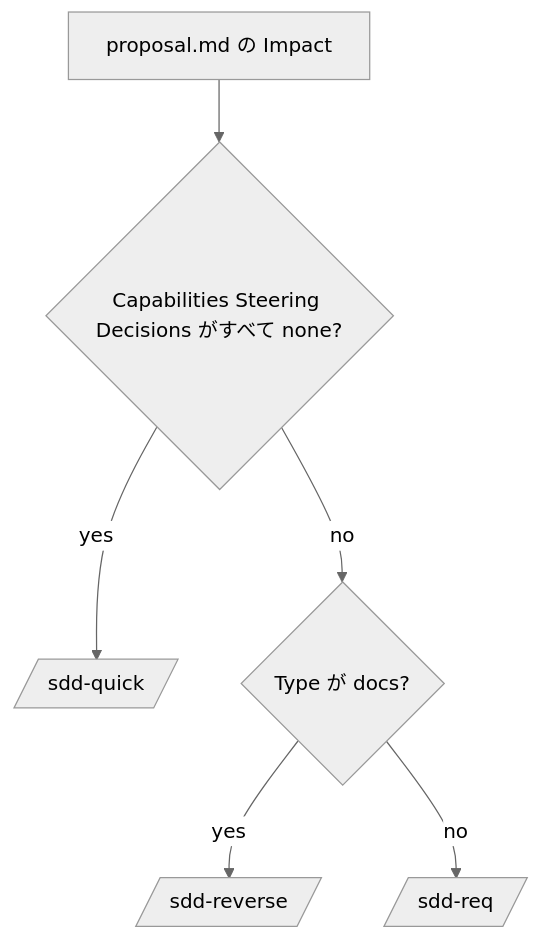
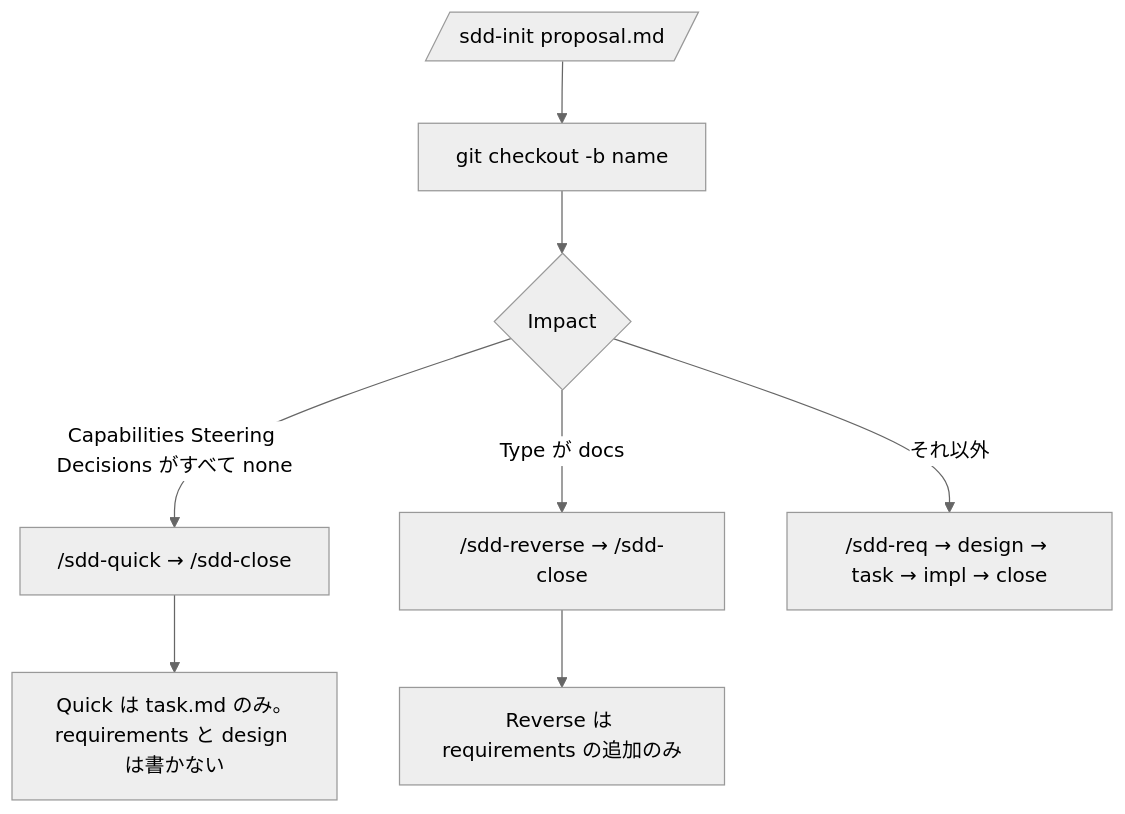
Before and after one commit to paterapatera/sdd-orc: the first of 2 diagrams in README.ja.md, drawn with Mermaid (neutral theme). The commit also changed other lines of this file and 1 other file, not shown here.

First line of the commit message:
docs: trim README to daily-use scope, fewer diagrams

````diff
--- a/README.ja.md
+++ b/README.ja.md
@@ -169,8 +105,10 @@
 ```mermaid
 flowchart TD
-  P[proposal.md の Impact] --> Q{Capabilities Steering Decisions がすべて none?}
-  Q -->|yes| quick[/sdd-quick/]
-  Q -->|no| T{Type が docs?}
-  T -->|yes| rev[/sdd-reverse/]
-  T -->|no| req[/sdd-req/]
+  init[/sdd-init proposal.md/] --> branch["git checkout -b name"]
+  branch --> route{Impact}
+  route -->|Capabilities Steering Decisions がすべて none| quickPath["/sdd-quick → /sdd-close"]
+  route -->|Type が docs| revPath["/sdd-reverse → /sdd-close"]
+  route -->|それ以外| fullPath["/sdd-req → design → task → impl → close"]
+  quickPath --> noteQuick["Quick は task.md のみ。requirements と design は書かない"]
+  revPath --> noteRev["Reverse は requirements の追加のみ"]
 ```
````
